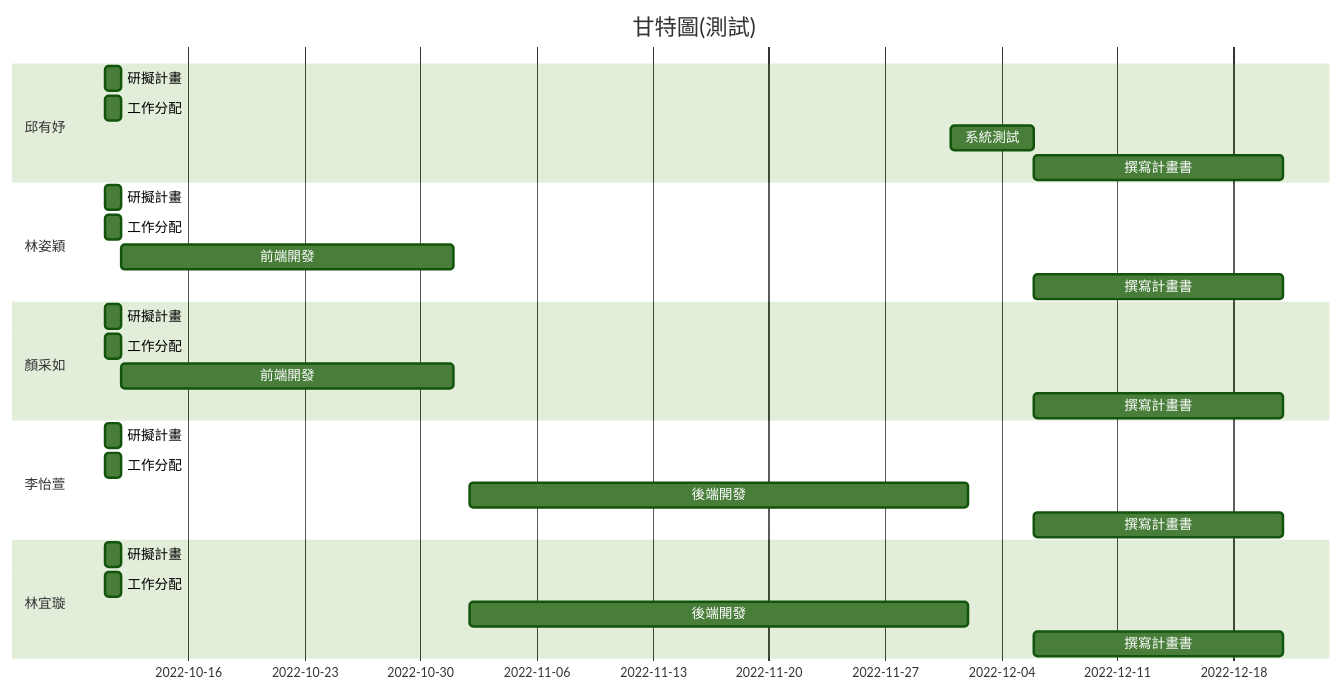
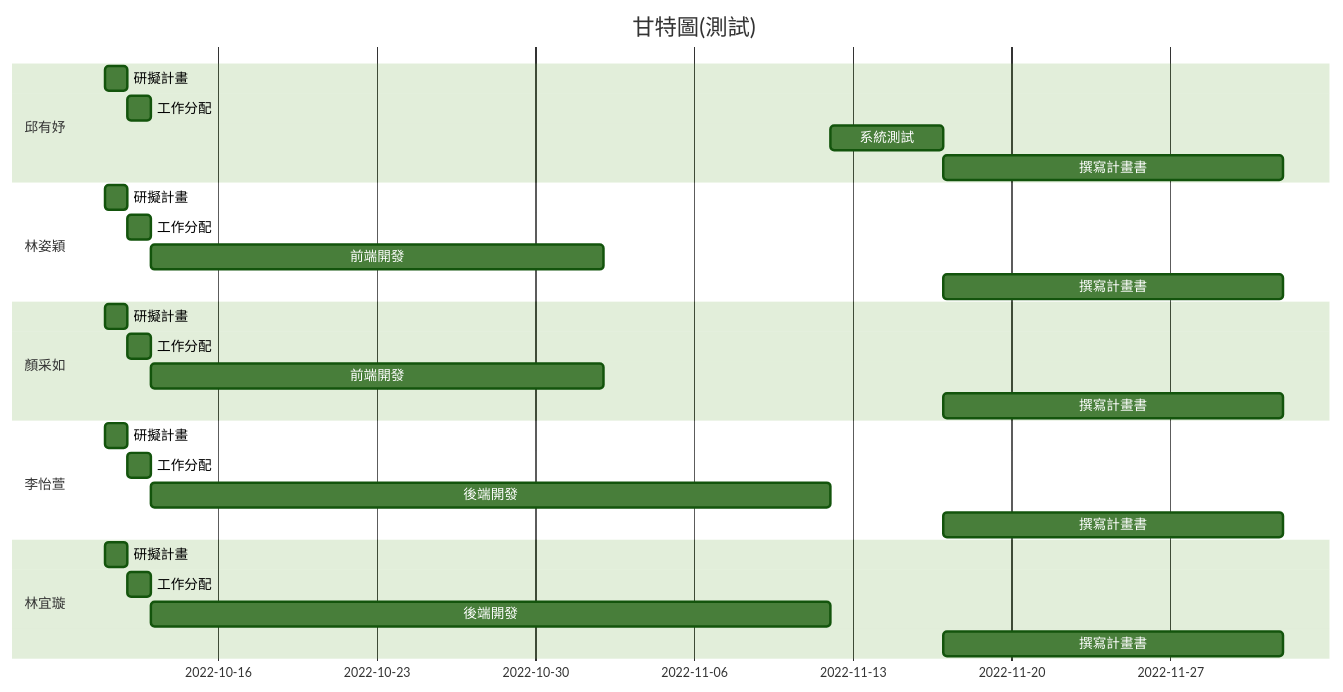
The diagram in README.md (Hsxxnil/SystemAnalysis-group15), drawn with Mermaid (forest theme) before and after one commit.

````diff
--- a/README.md
+++ b/README.md
@@ -11,33 +11,33 @@
 ```mermaid
 gantt
     title 甘特圖(測試)
     section 邱有妤
     研擬計畫:a1, 2022-10-11, 1d
-    工作分配:a2, 2022-10-11, 1d
-    系統測試:2022-12-01, 5d
-    撰寫計畫書:2022-12-06, 15d
+    工作分配:a2, after a1, 1d
+    系統測試:a5,after a4, 5d
+    撰寫計畫書:a6,after a5, 15d
     
     section 林姿穎
-    研擬計畫:2022-10-11, 1d
-    工作分配:2022-10-11, 1d
-    前端開發:20d
-    撰寫計畫書:2022-12-06, 15d
+    研擬計畫:a1, 2022-10-11, 1d
+    工作分配:a2, after a1, 1d
+    前端開發:a3,after a2,20d
+    撰寫計畫書:a6,after a5, 15d
     
     section 顏采如
-    研擬計畫:2022-10-11, 1d
-    工作分配:2022-10-11, 1d
-    前端開發:20d
-    撰寫計畫書:2022-12-06, 15d
+    研擬計畫:a1, 2022-10-11, 1d
+    工作分配:a2, after a1, 1d
+    前端開發:a3,after a2,20d
+    撰寫計畫書:a6,after a5, 15d
     
     section 李怡萱
-    研擬計畫:2022-10-11, 1d
-    工作分配:2022-10-11, 1d
-    後端開發:2022-11-02, 30d
-    撰寫計畫書:2022-12-06, 15d
+    研擬計畫:a1, 2022-10-11, 1d
+    工作分配:a2, after a1, 1d
+    後端開發:a4,after a2, 30d
+    撰寫計畫書:a6,after a5, 15d
     
     section 林宜璇
-    研擬計畫:2022-10-11, 1d
-    工作分配:2022-10-11, 1d
-    後端開發:2022-11-02, 30d
-    撰寫計畫書:2022-12-06, 15d
+    研擬計畫:a1, 2022-10-11, 1d
+    工作分配:a2, after a1, 1d
+    後端開發:a4,after a2, 30d
+    撰寫計畫書:a6,after a5, 15d
 ```
````
